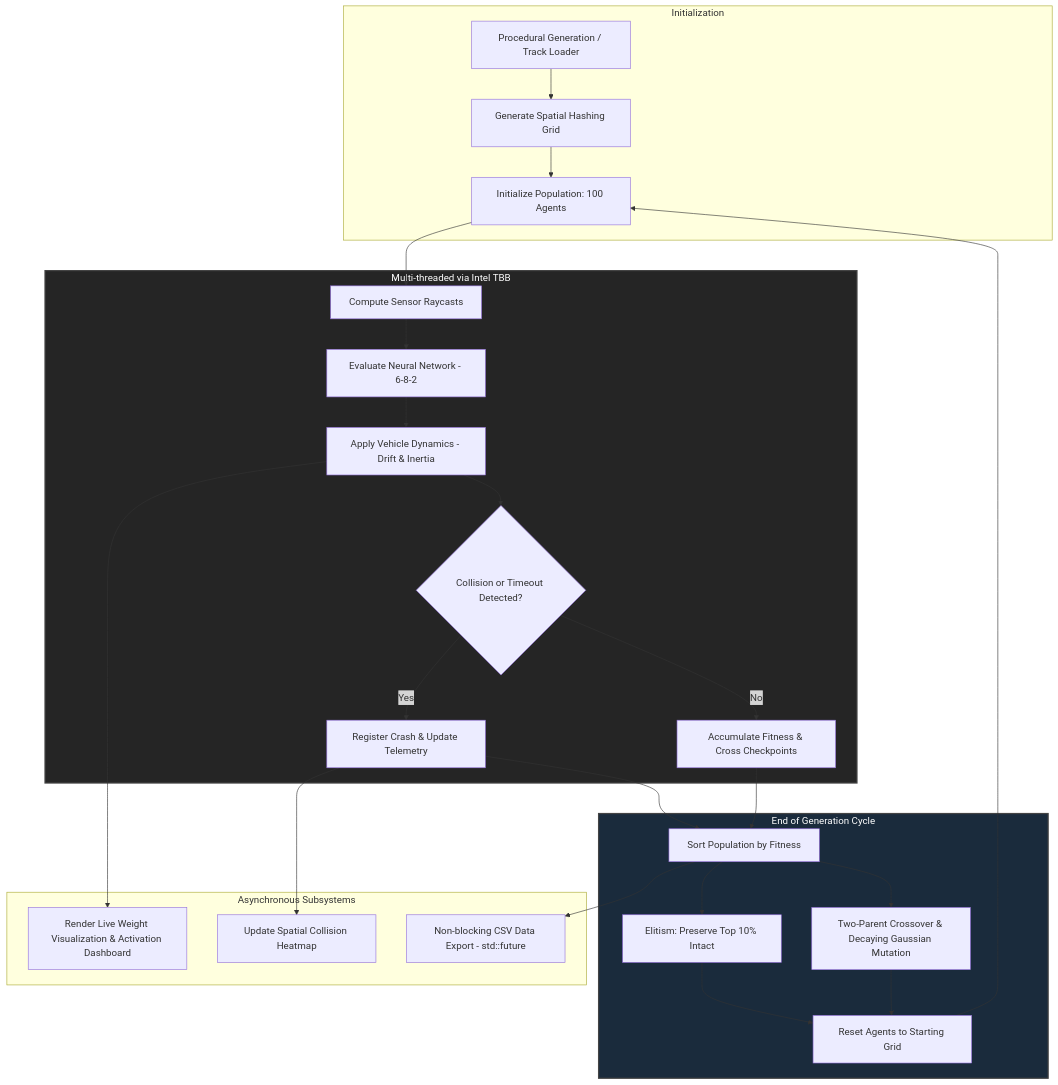
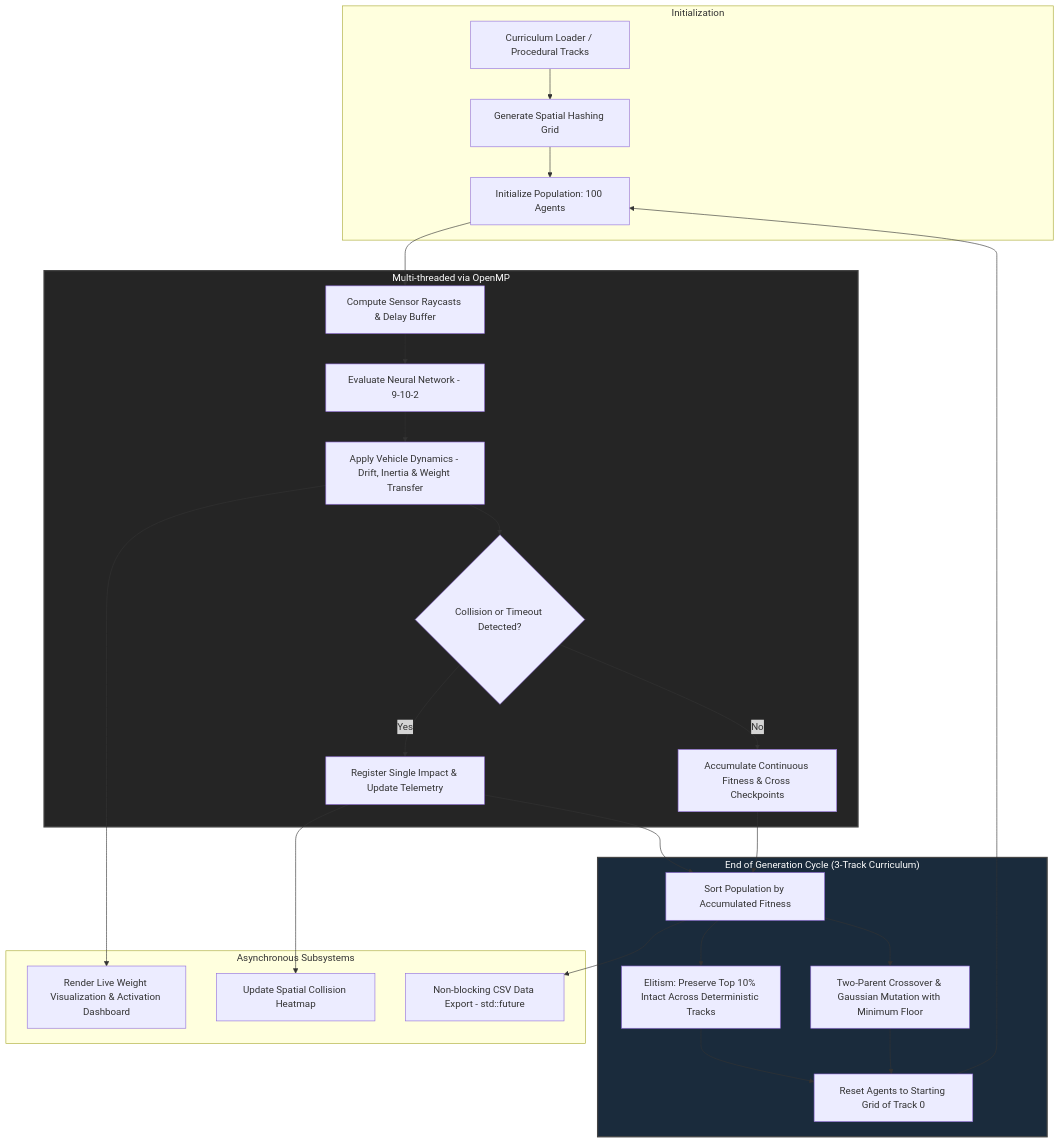
One commit to jorgebd21/NeuralRacer-CPP changed the diagram in README.md. Above: the diagram before and after it, drawn with Mermaid. The commit also changed other lines of this file, not shown here.

Commit message:
docs: update documentation for 9-10-2 topology, OpenMP concurrency, and training curriculum

````diff
--- a/README.md
+++ b/README.md
@@ -49,33 +49,33 @@
 ```mermaid
 flowchart TD
     subgraph Initialization
-        A[Procedural Generation / Track Loader] --> B[Generate Spatial Hashing Grid]
+        A[Curriculum Loader / Procedural Tracks] --> B[Generate Spatial Hashing Grid]
         B --> C[Initialize Population: 100 Agents]
     end
 
-    subgraph ParallelLoop ["Multi-threaded via Intel TBB"]
-        C --> D[Compute Sensor Raycasts]
-        D --> E[Evaluate Neural Network - 6-8-2]
-        E --> F[Apply Vehicle Dynamics - Drift & Inertia]
+    subgraph ParallelLoop ["Multi-threaded via OpenMP"]
+        C --> D[Compute Sensor Raycasts & Delay Buffer]
+        D --> E[Evaluate Neural Network - 9-10-2]
+        E --> F[Apply Vehicle Dynamics - Drift, Inertia & Weight Transfer]
         F --> G{Collision or Timeout Detected?}
-        G -- Yes --> H[Register Crash & Update Telemetry]
-        G -- No --> I[Accumulate Fitness & Cross Checkpoints]
+        G -- Yes --> H[Register Single Impact & Update Telemetry]
+        G -- No --> I[Accumulate Continuous Fitness & Cross Checkpoints]
     end
 
-    subgraph EvolutionaryPipeline ["End of Generation Cycle"]
-        H & I --> J[Sort Population by Fitness]
-        J --> K[Elitism: Preserve Top 10% Intact]
-        J --> L[Two-Parent Crossover & Decaying Gaussian Mutation]
-        K & L --> M[Reset Agents to Starting Grid]
+    subgraph EvolutionaryPipeline ["End of Generation Cycle (3-Track Curriculum)"]
+        H & I --> J[Sort Population by Accumulated Fitness]
+        J --> K[Elitism: Preserve Top 10% Intact Across Deterministic Tracks]
+        J --> L[Two-Parent Crossover & Gaussian Mutation with Minimum Floor]
+        K & L --> M[Reset Agents to Starting Grid of Track 0]
         M --> C
     end
 
     subgraph AsyncSubsystems ["Asynchronous Subsystems"]
         F --> N[Render Live Weight Visualization & Activation Dashboard]
         H --> O[Update Spatial Collision Heatmap]
         J --> P[Non-blocking CSV Data Export - std::future]
     end
 
     style ParallelLoop fill:#252525,stroke:#444,stroke-width:2px,color:#fff
     style EvolutionaryPipeline fill:#1a2b3c,stroke:#444,stroke-width:2px,color:#fff
 ```
````
